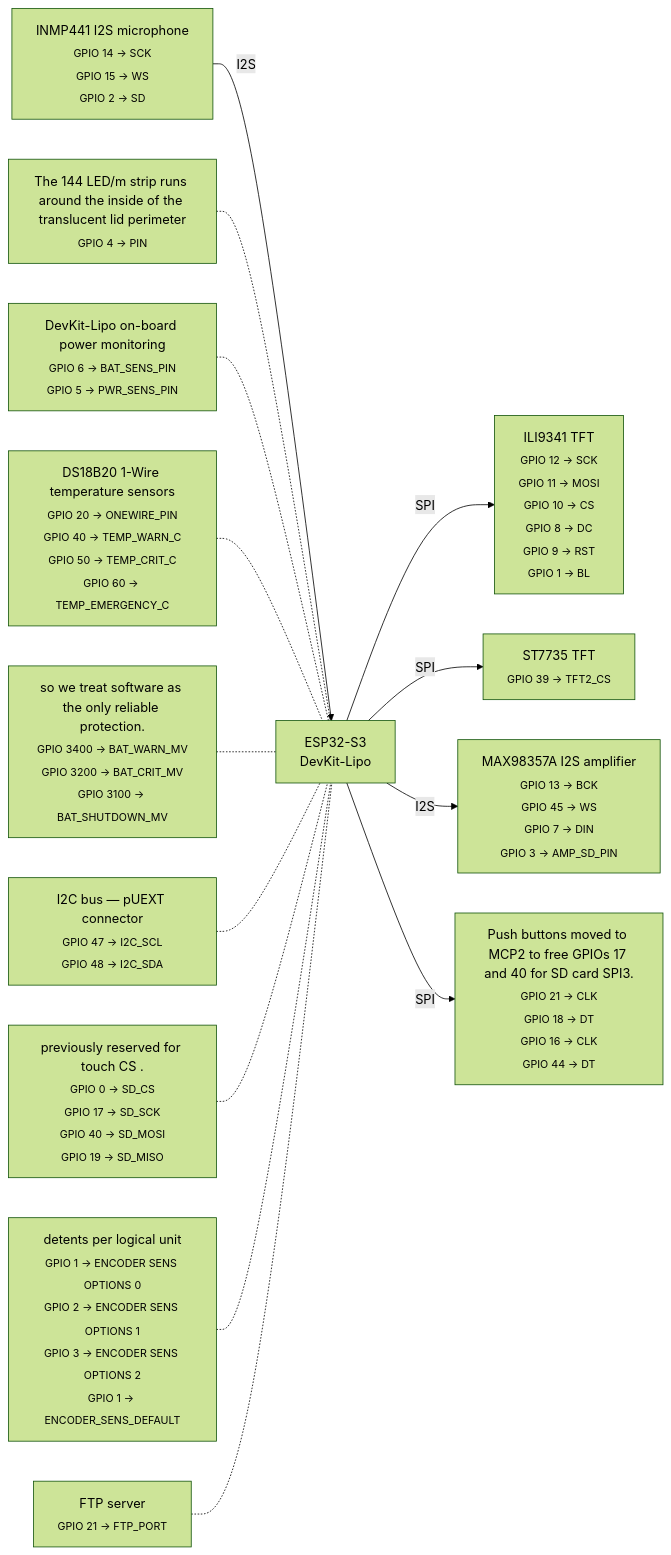
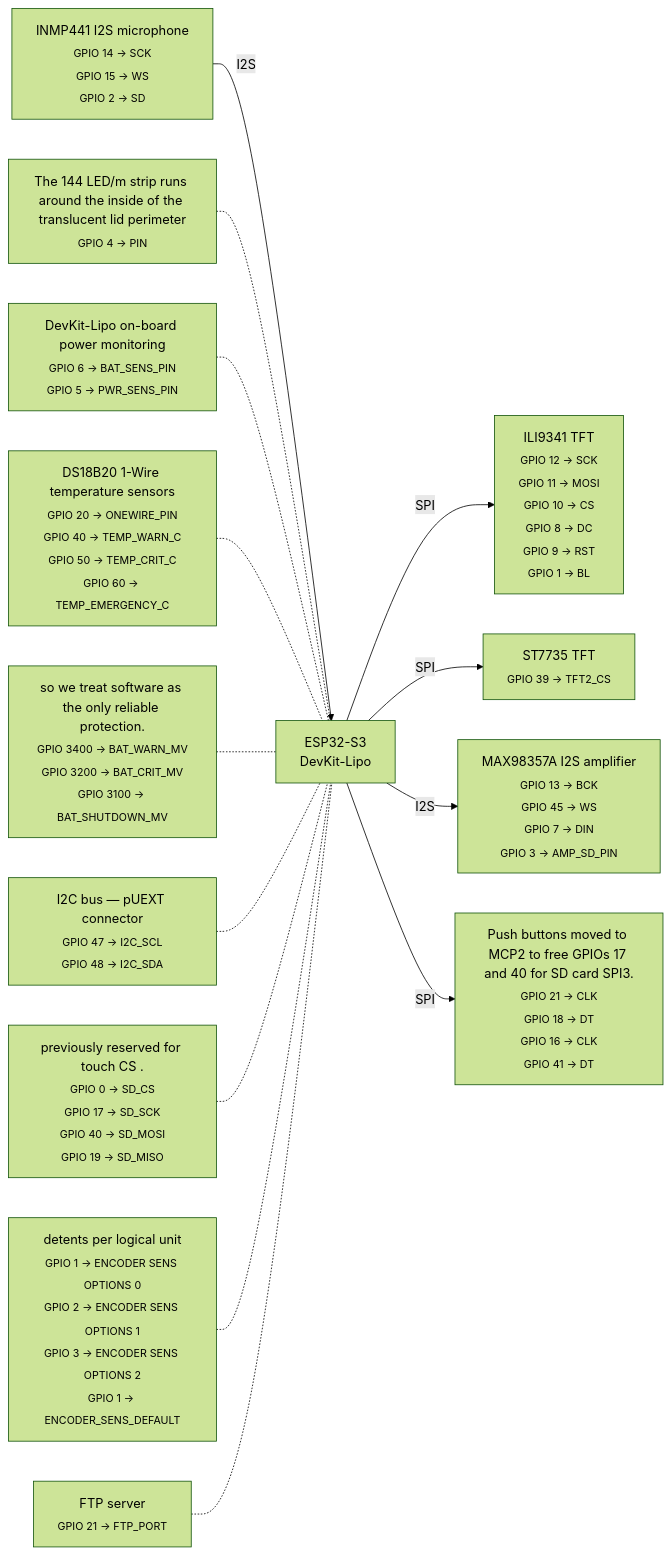
One commit to mandakan/bodn-esp32 changed the diagram in docs/wiring.md. Above: the diagram before and after it, drawn with Mermaid (forest theme). The commit also changed other lines of this file and 4 other files, not shown here.

````diff
--- a/docs/wiring.md
+++ b/docs/wiring.md
@@ -8,44 +8,44 @@
 ```mermaid
 graph LR
     ESP["ESP32-S3<br/>DevKit-Lipo"]
 
     ILI9341TFT["ILI9341 TFT<br/><sub>GPIO 12 → SCK<br/>GPIO 11 → MOSI<br/>GPIO 10 → CS<br/>GPIO 8 → DC<br/>GPIO 9 → RST<br/>GPIO 1 → BL</sub>"]
     ESP -- SPI --> ILI9341TFT
 
     ST7735TFT["ST7735 TFT<br/><sub>GPIO 39 → TFT2_CS</sub>"]
     ESP -- SPI --> ST7735TFT
 
     INMP441I2Smicrophone["INMP441 I2S microphone<br/><sub>GPIO 14 → SCK<br/>GPIO 15 → WS<br/>GPIO 2 → SD</sub>"]
     INMP441I2Smicrophone -- I2S --> ESP
 
     MAX98357AI2Samplifier["MAX98357A I2S amplifier<br/><sub>GPIO 13 → BCK<br/>GPIO 45 → WS<br/>GPIO 7 → DIN<br/>GPIO 3 → AMP_SD_PIN</sub>"]
     ESP -- I2S --> MAX98357AI2Samplifier
 
-    PushbuttonsmovedtoMCP2tofreeGPIOs17and40forSDcardSPI3["Push buttons moved to MCP2 to free GPIOs 17 and 40 for SD card SPI3.<br/><sub>GPIO 21 → CLK<br/>GPIO 18 → DT<br/>GPIO 16 → CLK<br/>GPIO 44 → DT</sub>"]
+    PushbuttonsmovedtoMCP2tofreeGPIOs17and40forSDcardSPI3["Push buttons moved to MCP2 to free GPIOs 17 and 40 for SD card SPI3.<br/><sub>GPIO 21 → CLK<br/>GPIO 18 → DT<br/>GPIO 16 → CLK<br/>GPIO 41 → DT</sub>"]
     ESP -- SPI --> PushbuttonsmovedtoMCP2tofreeGPIOs17and40forSDcardSPI3
 
     The144LEDmstriprunsaroundtheinsideofthetranslucentlidperimeter["The 144 LED/m strip runs around the inside of the translucent lid perimeter<br/><sub>GPIO 4 → PIN</sub>"]
     The144LEDmstriprunsaroundtheinsideofthetranslucentlidperimeter -.- ESP
 
     DevKitLipoonboardpowermonitoring["DevKit-Lipo on-board power monitoring<br/><sub>GPIO 6 → BAT_SENS_PIN<br/>GPIO 5 → PWR_SENS_PIN</sub>"]
     DevKitLipoonboardpowermonitoring -.- ESP
 
     DS18B201Wiretemperaturesensors["DS18B20 1-Wire temperature sensors<br/><sub>GPIO 20 → ONEWIRE_PIN<br/>GPIO 40 → TEMP_WARN_C<br/>GPIO 50 → TEMP_CRIT_C<br/>GPIO 60 → TEMP_EMERGENCY_C</sub>"]
     DS18B201Wiretemperaturesensors -.- ESP
 
     sowetreatsoftwareastheonlyreliableprotection["so we treat software as the only reliable protection.<br/><sub>GPIO 3400 → BAT_WARN_MV<br/>GPIO 3200 → BAT_CRIT_MV<br/>GPIO 3100 → BAT_SHUTDOWN_MV</sub>"]
     sowetreatsoftwareastheonlyreliableprotection -.- ESP
 
     I2CbuspUEXTconnector["I2C bus — pUEXT connector<br/><sub>GPIO 47 → I2C_SCL<br/>GPIO 48 → I2C_SDA</sub>"]
     I2CbuspUEXTconnector -.- ESP
 
     previouslyreservedfortouchCS["previously reserved for touch CS .<br/><sub>GPIO 0 → SD_CS<br/>GPIO 17 → SD_SCK<br/>GPIO 40 → SD_MOSI<br/>GPIO 19 → SD_MISO</sub>"]
     previouslyreservedfortouchCS -.- ESP
 
     detentsperlogicalunit["detents per logical unit<br/><sub>GPIO 1 → ENCODER SENS OPTIONS 0<br/>GPIO 2 → ENCODER SENS OPTIONS 1<br/>GPIO 3 → ENCODER SENS OPTIONS 2<br/>GPIO 1 → ENCODER_SENS_DEFAULT</sub>"]
     detentsperlogicalunit -.- ESP
 
     FTPserver["FTP server<br/><sub>GPIO 21 → FTP_PORT</sub>"]
     FTPserver -.- ESP
 
 ```
````
